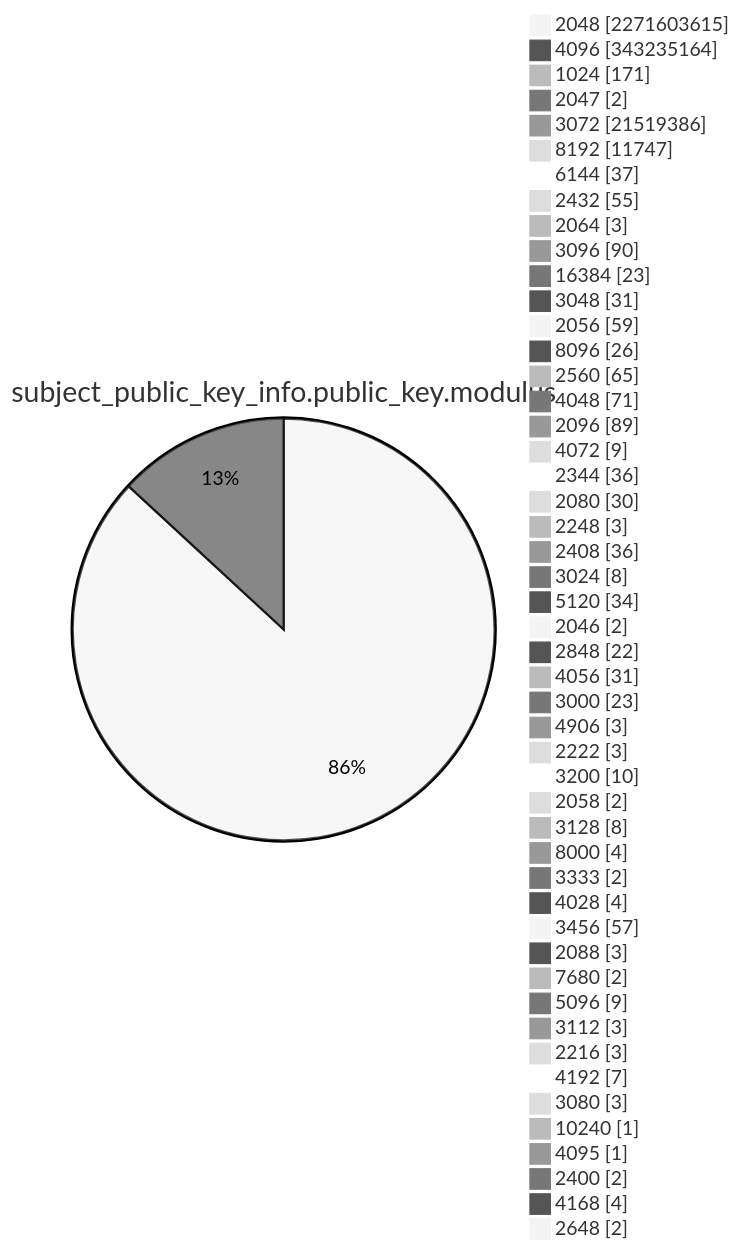
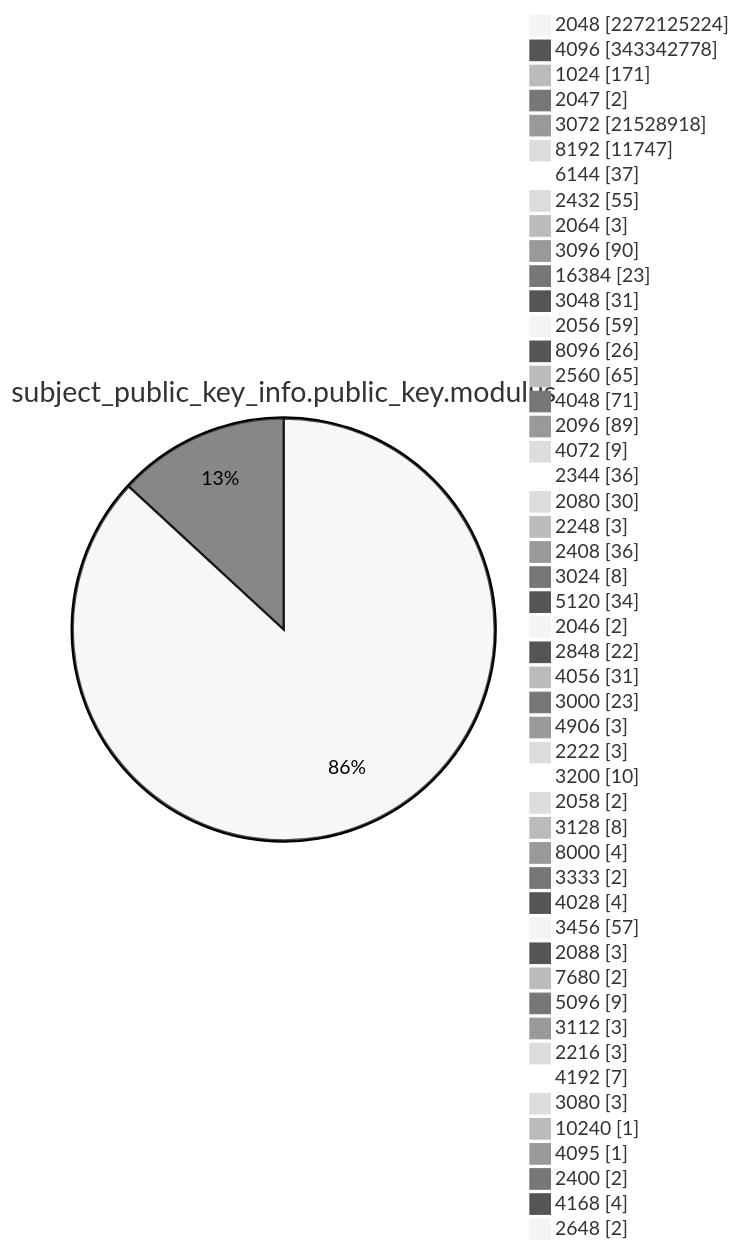
Before and after one commit to christiankrug/ctmonitor_visualization: diagram 13 of 15 in TOTAL/README.md, drawn with Mermaid (neutral theme). The commit also changed other lines of this file, not shown here.

````diff
--- a/TOTAL/README.md
+++ b/TOTAL/README.md
@@ -4165,53 +4165,53 @@
 ```mermaid
 pie showData
 title subject_public_key_info.public_key.modulus
-"2048" :2271603615
-"4096" :343235164
+"2048" :2272125224
+"4096" :343342778
 "1024" :171
 "2047" :2
-"3072" :21519386
+"3072" :21528918
 "8192" :11747
 "6144" :37
 "2432" :55
 "2064" :3
 "3096" :90
 "16384" :23
 "3048" :31
 "2056" :59
 "8096" :26
 "2560" :65
 "4048" :71
 "2096" :89
 "4072" :9
 "2344" :36
 "2080" :30
 "2248" :3
 "2408" :36
 "3024" :8
 "5120" :34
 "2046" :2
 "2848" :22
 "4056" :31
 "3000" :23
 "4906" :3
 "2222" :3
 "3200" :10
 "2058" :2
 "3128" :8
 "8000" :4
 "3333" :2
 "4028" :4
 "3456" :57
 "2088" :3
 "7680" :2
 "5096" :9
 "3112" :3
 "2216" :3
 "4192" :7
 "3080" :3
 "10240" :1
 "4095" :1
 "2400" :2
 "4168" :4
 "2648" :2
 ```
````
